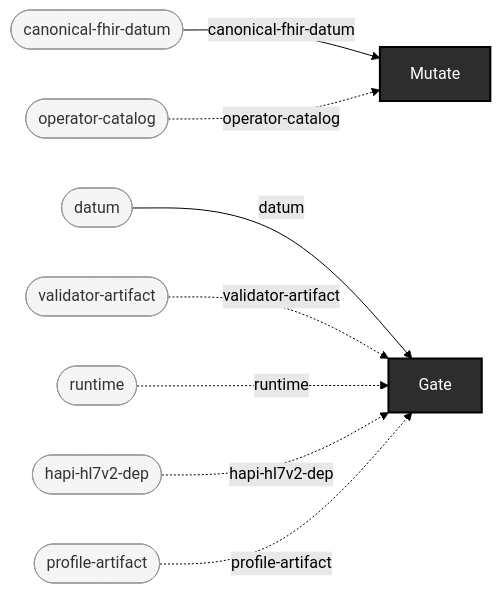
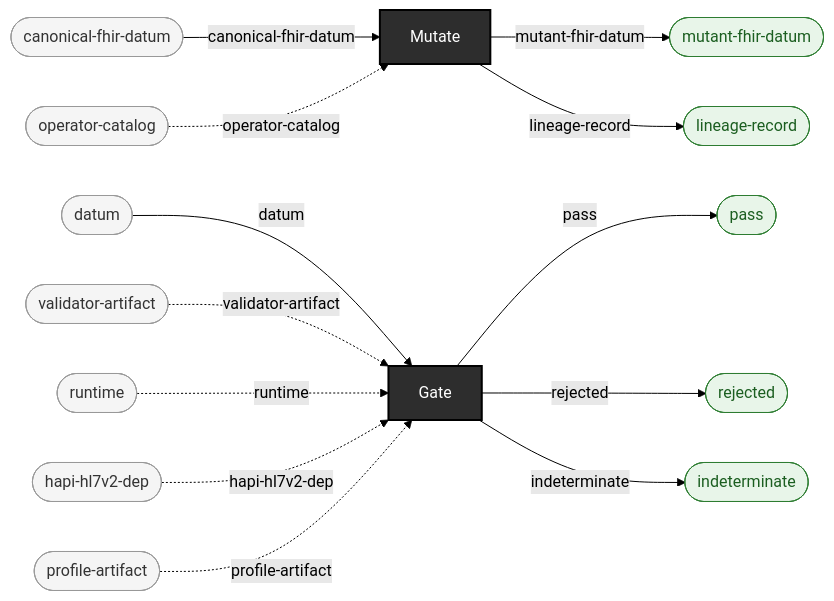
The diagram in docs/use-cases/judge-tier-calibration-studies.md (pragsmike/ehr-testing-tools), drawn with Mermaid (forest theme) before and after one commit. The commit also changed 21 other files, not shown here.

First line of the commit message:
docs: regenerate use-case pages and pipeline diagram with result nodes (mechanical, zero hand edits)

````diff
--- a/docs/use-cases/judge-tier-calibration-studies.md
+++ b/docs/use-cases/judge-tier-calibration-studies.md
@@ -48,43 +48,62 @@
 ```mermaid
 flowchart LR
 
     %% --- Source types (raw inputs, not produced by any operation) ---
     canonical_fhir_datum(["canonical-fhir-datum"])
     datum(["datum"])
     hapi_hl7v2_dep(["hapi-hl7v2-dep"])
     operator_catalog(["operator-catalog"])
     profile_artifact(["profile-artifact"])
     runtime(["runtime"])
     validator_artifact(["validator-artifact"])
 
     %% --- Operations (boxes; spiders use distinct shapes) ---
     Mutate["Mutate"]
     Gate["Gate"]
 
+    %% --- Result types (terminal outputs) ---
+    indeterminate_out(["indeterminate"])
+    lineage_record_out(["lineage-record"])
+    mutant_fhir_datum_out(["mutant-fhir-datum"])
+    pass_out(["pass"])
+    rejected_out(["rejected"])
+
     %% --- Wires (typed connections) ---
     %% Arrow 1: Mutate
     canonical_fhir_datum -- canonical-fhir-datum --> Mutate
     operator_catalog -. operator-catalog .-> Mutate
+    Mutate -- "mutant-fhir-datum" --> mutant_fhir_datum_out
+    Mutate -- "lineage-record" --> lineage_record_out
 
     %% Arrow 2: Gate
     datum -- datum --> Gate
     validator_artifact -. validator-artifact .-> Gate
     runtime -. runtime .-> Gate
     hapi_hl7v2_dep -. hapi-hl7v2-dep .-> Gate
     profile_artifact -. profile-artifact .-> Gate
+    Gate -- "pass" --> pass_out
+    Gate -- "rejected" --> rejected_out
+    Gate -- "indeterminate" --> indeterminate_out
 
     %% --- Styling ---
 
     %% Operations: dark boxes (fan=blue, funnel=green, enrichment=outlined, gate=purple, external=dashed)
     style Mutate fill:#2d2d2d,stroke:#000,color:#fff,stroke-width:2px
     style Gate fill:#2d2d2d,stroke:#000,color:#fff,stroke-width:2px
 
     %% Source types: light rounded
     style canonical_fhir_datum fill:#f5f5f5,stroke:#999,color:#333
     style datum fill:#f5f5f5,stroke:#999,color:#333
     style hapi_hl7v2_dep fill:#f5f5f5,stroke:#999,color:#333
     style operator_catalog fill:#f5f5f5,stroke:#999,color:#333
     style profile_artifact fill:#f5f5f5,stroke:#999,color:#333
     style runtime fill:#f5f5f5,stroke:#999,color:#333
     style validator_artifact fill:#f5f5f5,stroke:#999,color:#333
+
+    %% Result types (terminal outputs): green rounded
+    style indeterminate_out fill:#e8f5e9,stroke:#2e7d32,color:#1b5e20
+    style lineage_record_out fill:#e8f5e9,stroke:#2e7d32,color:#1b5e20
+    style mutant_fhir_datum_out fill:#e8f5e9,stroke:#2e7d32,color:#1b5e20
+    style pass_out fill:#e8f5e9,stroke:#2e7d32,color:#1b5e20
+    style rejected_out fill:#e8f5e9,stroke:#2e7d32,color:#1b5e20
 ```
````
